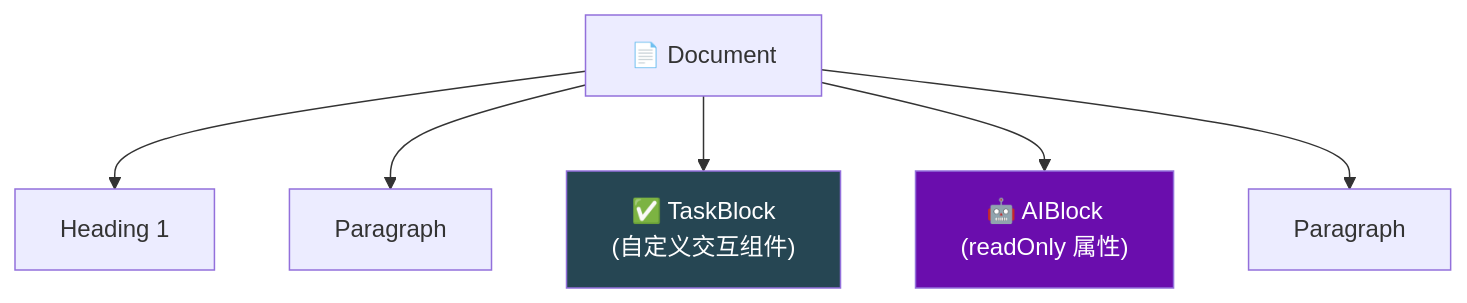
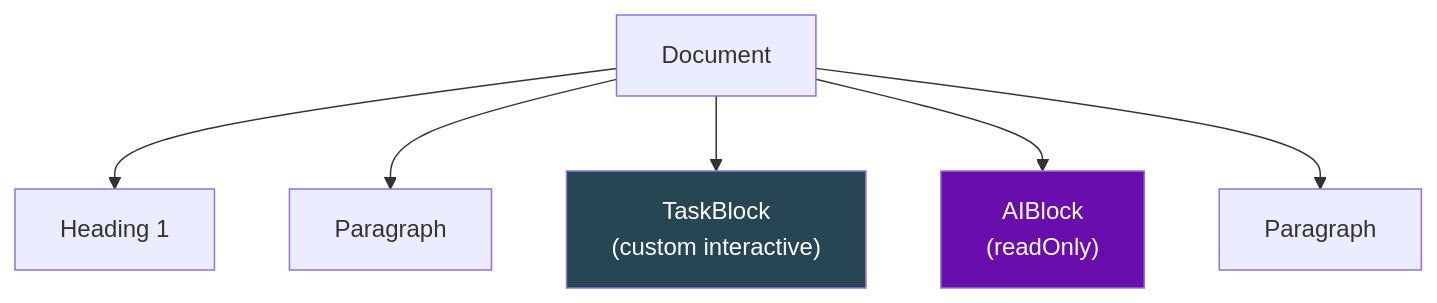
Before and after one commit to monazite1s/SyncDoc: the tenth of 12 diagrams in README.md, drawn with Mermaid. The commit also changed other lines of this file and 112 other files, not shown here.

````diff
--- a/README.md
+++ b/README.md
@@ -469,12 +616,12 @@
 ```mermaid
 graph TD
-    DOC["📄 Document"]
+    DOC["Document"]
     DOC --> H1["Heading 1"]
     DOC --> P1["Paragraph"]
-    DOC --> TASK["✅ TaskBlock<br/>(自定义交互组件)"]
-    DOC --> AI["🤖 AIBlock<br/>(readOnly 属性)"]
+    DOC --> TASK["TaskBlock<br/>(custom interactive)"]
+    DOC --> AI["AIBlock<br/>(readOnly)"]
     DOC --> P2["Paragraph"]
 
     style TASK fill:#264653,color:#fff
     style AI fill:#6a0dad,color:#fff
 ```
````
